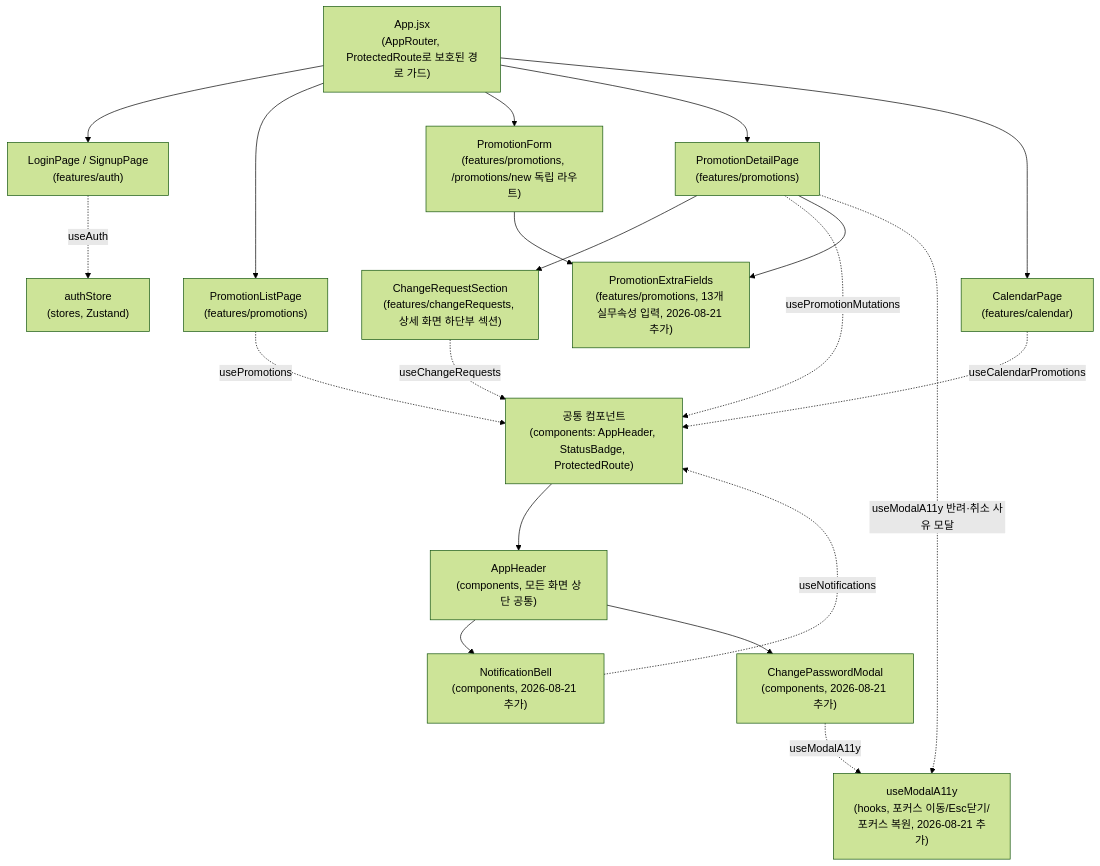
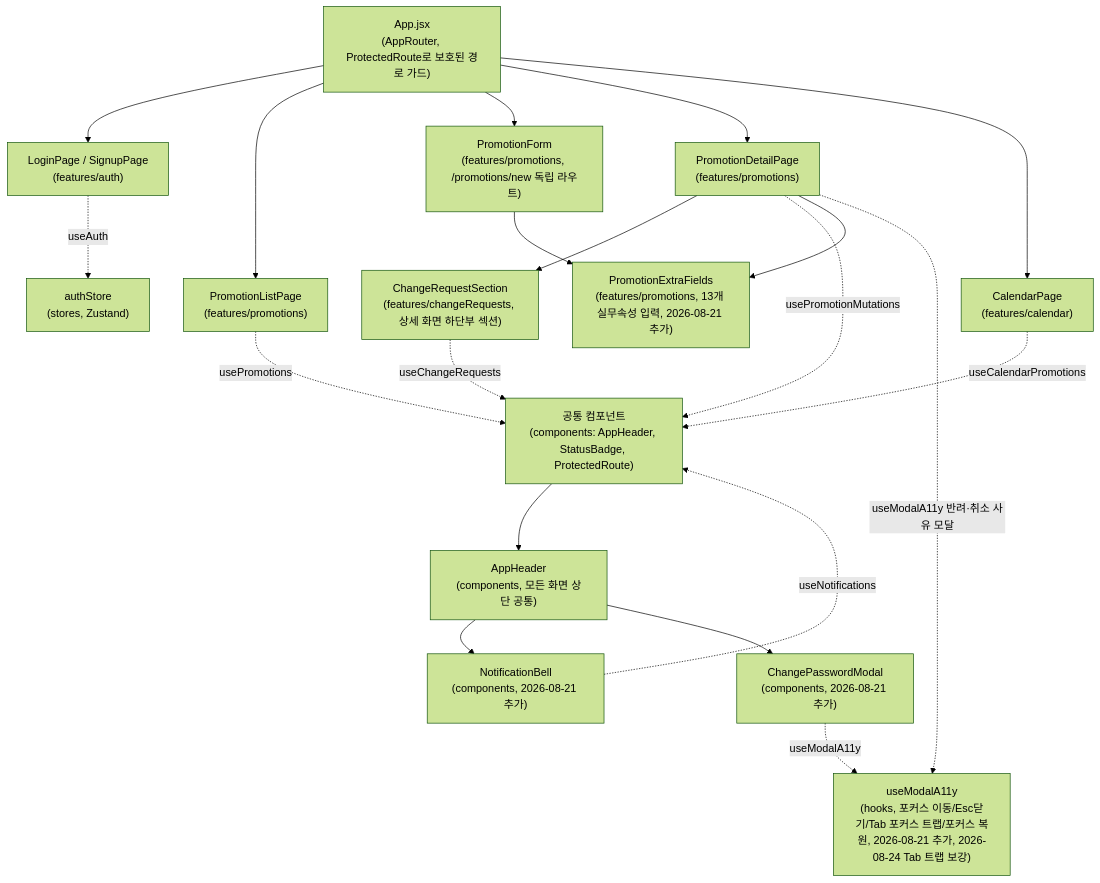
The third of 3 diagrams in docs/6-arch-diagram.md (spongood99-spec/b2b-promo), drawn with Mermaid (forest theme) before and after one commit. The commit also changed other lines of this file and 28 other files, not shown here.

First line of the commit message:
Fix issues found in full 4-area regression E2E (flow/boundary/security/a11y)

````diff
--- a/docs/6-arch-diagram.md
+++ b/docs/6-arch-diagram.md
@@ -61,28 +64,28 @@
 ```mermaid
 flowchart TD
     App["App.jsx<br/>(AppRouter, ProtectedRoute로 보호된 경로 가드)"]
 
     App --> LoginPage["LoginPage / SignupPage<br/>(features/auth)"]
     App --> PromotionListPage["PromotionListPage<br/>(features/promotions)"]
     App --> PromotionForm["PromotionForm<br/>(features/promotions, /promotions/new 독립 라우트)"]
     App --> PromotionDetailPage["PromotionDetailPage<br/>(features/promotions)"]
     App --> CalendarPage["CalendarPage<br/>(features/calendar)"]
 
     LoginPage -.->|useAuth| AuthStore["authStore<br/>(stores, Zustand)"]
 
     PromotionListPage -.->|usePromotions| Common["공통 컴포넌트<br/>(components: AppHeader, StatusBadge, ProtectedRoute)"]
     PromotionDetailPage --> ChangeRequestSection["ChangeRequestSection<br/>(features/changeRequests, 상세 화면 하단부 섹션)"]
     PromotionDetailPage -.->|usePromotionMutations| Common
     ChangeRequestSection -.->|useChangeRequests| Common
 
     CalendarPage -.->|useCalendarPromotions| Common
 
     Common --> AppHeader["AppHeader<br/>(components, 모든 화면 상단 공통)"]
     AppHeader --> NotificationBell["NotificationBell<br/>(components, 2026-08-21 추가)"]
     AppHeader --> ChangePasswordModal["ChangePasswordModal<br/>(components, 2026-08-21 추가)"]
     NotificationBell -.->|useNotifications| Common
     PromotionForm --> PromotionExtraFields["PromotionExtraFields<br/>(features/promotions, 13개 실무속성 입력, 2026-08-21 추가)"]
     PromotionDetailPage --> PromotionExtraFields
-    ChangePasswordModal -.->|useModalA11y| A11yHook["useModalA11y<br/>(hooks, 포커스 이동/Esc닫기/포커스 복원, 2026-08-21 추가)"]
+    ChangePasswordModal -.->|useModalA11y| A11yHook["useModalA11y<br/>(hooks, 포커스 이동/Esc닫기/Tab 포커스 트랩/포커스 복원, 2026-08-21 추가, 2026-08-24 Tab 트랩 보강)"]
     PromotionDetailPage -.->|useModalA11y 반려·취소 사유 모달| A11yHook
 ```
````
